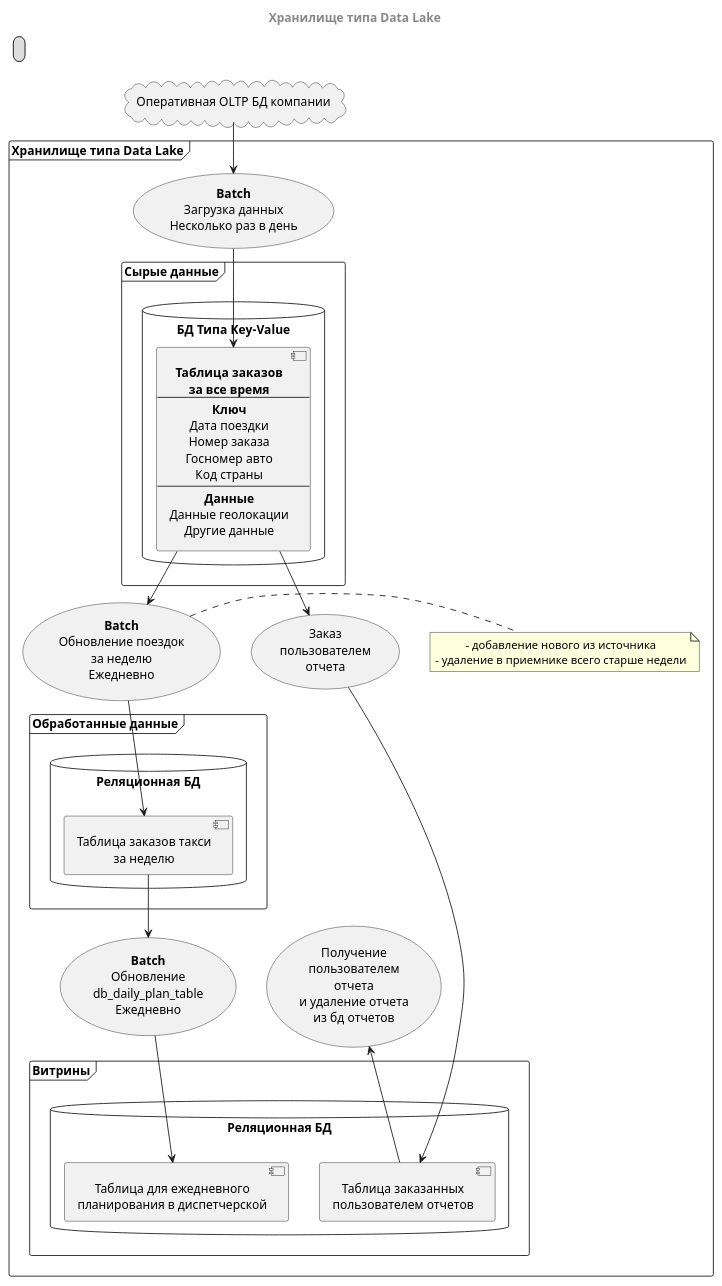
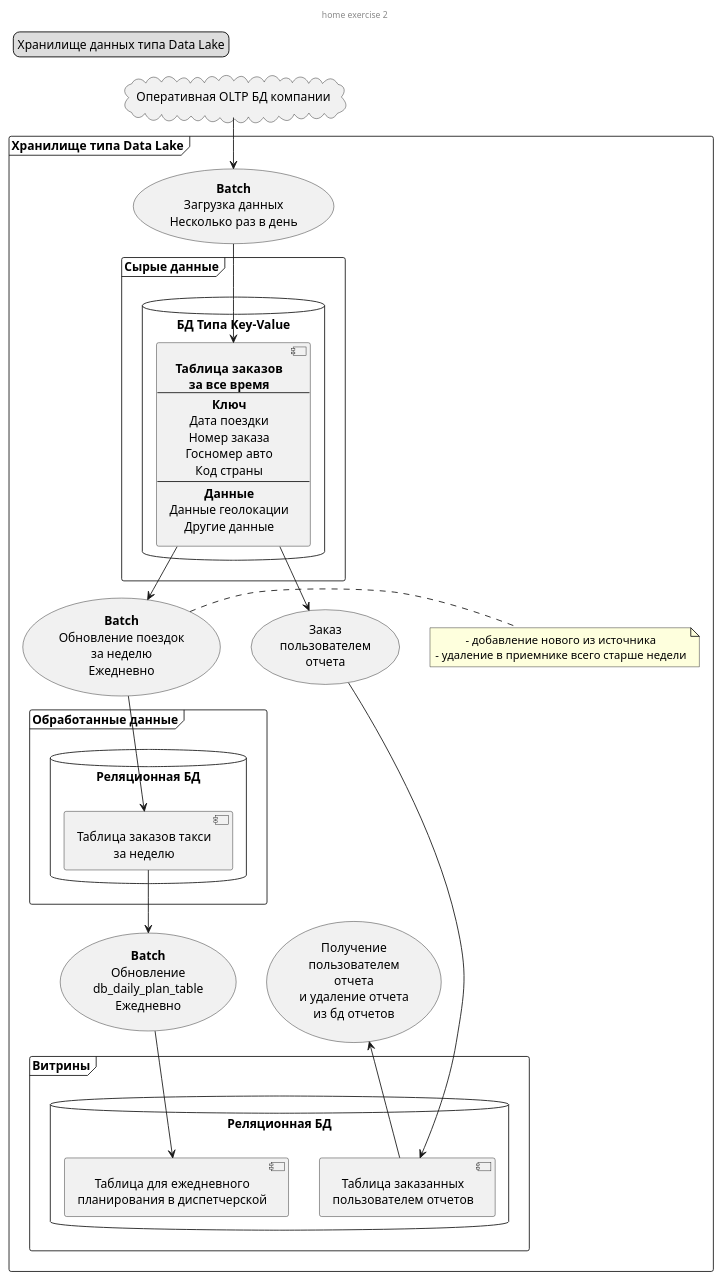
One commit to tol2000/dataengineerclub changed the diagram in home_exercises/ex2/datawarehouse_datalake.plantuml. Above: the diagram before and after it, drawn with PlantUML. The commit also changed 1 other file, not shown here.

```diff
--- a/home_exercises/ex2/datawarehouse_datalake.plantuml
+++ b/home_exercises/ex2/datawarehouse_datalake.plantuml
@@ -1,69 +1,67 @@
 @startuml
-
 skinparam defaultTextAlignment center
 skinparam noteTextAlignment center
 
 centerheader
-= Хранилище типа Data Lake
+home exercise 2
 endheader
 
 legend top left
-
+Хранилище данных типа Data Lake
 endlegend
 
 cloud "Оперативная OLTP БД компании" as oltp_orders_db {
 
 }
 
 frame "Хранилище типа Data Lake" as stor {
 
     frame "Витрины" as stor_dm {
         database "Реляционная БД\n" as db_datamart {
             [Таблица для ежедневного\nпланирования в диспетчерской] as db_daily_plan_table
             [Таблица заказанных\nпользователем отчетов] as db_ordered_reports_table
         }
     }
 
     frame "Обработанные данные" as stor_stage {
         database "Реляционная БД\n" as db_stage {
             [Таблица заказов такси\nза неделю] as db_orders_week_table
         }
     }
 
     frame "Сырые данные" as stor_rawdata {
         database "БД Типа Key-Value" as db_raw {
             [**Таблица заказов**\n**за все время**\n----\n**Ключ**\nДата поездки\nНомер заказа\nГосномер авто\nКод страны\n----\n**Данные**\nДанные геолокации\nДругие данные] as db_raw_orders_table
         }
 
     }
 
     (**Batch**\nЗагрузка данных\nНесколько раз в день) as daily_batch_load
 
     (**Batch**\nОбновление\ndb_daily_plan_table\nЕжедневно) as dailyplan_batch_refresh
 
     (**Batch**\nОбновление поездок\nза неделю\nЕжедневно) as week_batch_refresh
     note right of week_batch_refresh
         - добавление нового из источника
         - удаление в приемнике всего старше недели
     end note
 
     (Заказ\nпользователем\nотчета) as user_report_order
 
     (Получение\nпользователем\nотчета\nи удаление отчета\nиз бд отчетов) as user_report_get_delete
 
     oltp_orders_db --> (daily_batch_load)
     (daily_batch_load) --> db_raw_orders_table
 
     db_raw_orders_table --> (week_batch_refresh)
     (week_batch_refresh) --> db_orders_week_table
 
     db_raw_orders_table --> (user_report_order)
     (user_report_order) --> db_ordered_reports_table
     (user_report_get_delete) <-- db_ordered_reports_table
 
     db_orders_week_table --> (dailyplan_batch_refresh)
     (dailyplan_batch_refresh) --> db_daily_plan_table
 
 }
-
 @enduml
```
